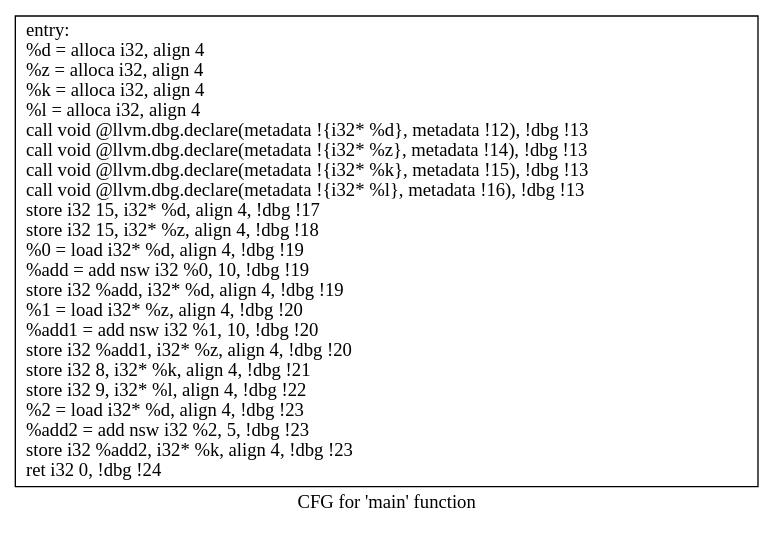
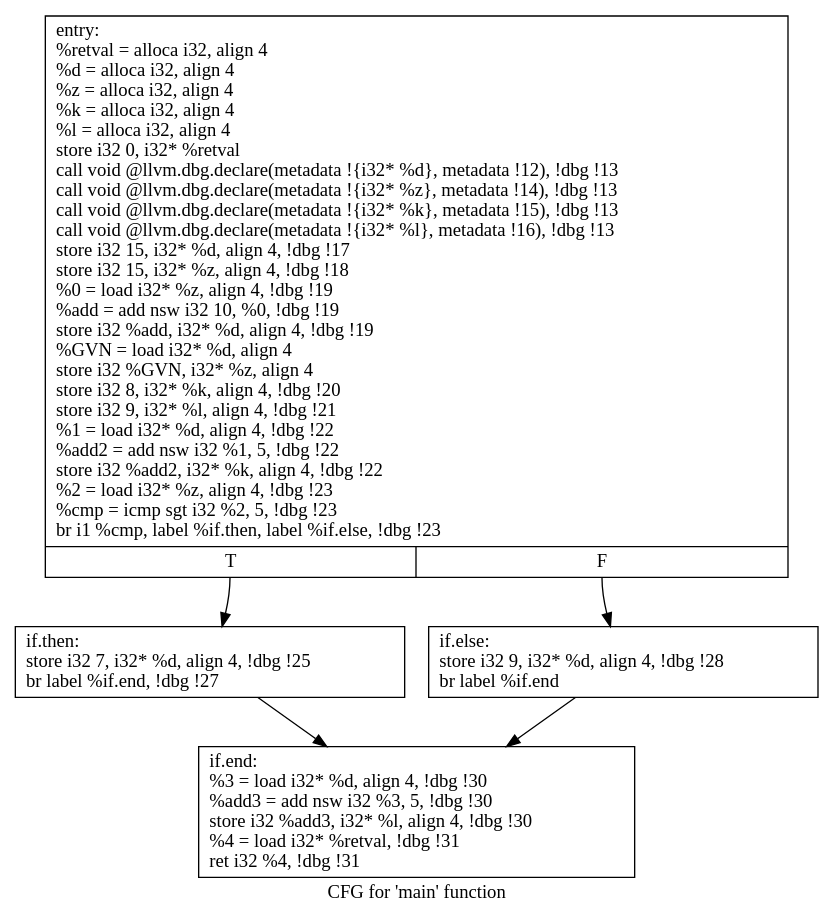
Before and after one commit to ddr2108/CS6241-Array_Bounding: the diagram in Work/Pass/Part 3/Part 3.2/cfg.main.dot, drawn with Graphviz. The commit also changed 3 other files, not shown here.

```diff
--- a/Work/Pass/Part 3/Part 3.2/cfg.main.dot
+++ b/Work/Pass/Part 3/Part 3.2/cfg.main.dot
@@ -1,5 +1,12 @@
 digraph "CFG for 'main' function" {
 	label="CFG for 'main' function";
 
-	Node0x35ace00 [shape=record,label="{entry:\l  %d = alloca i32, align 4\l  %z = alloca i32, align 4\l  %k = alloca i32, align 4\l  %l = alloca i32, align 4\l  call void @llvm.dbg.declare(metadata !\{i32* %d\}, metadata !12), !dbg !13\l  call void @llvm.dbg.declare(metadata !\{i32* %z\}, metadata !14), !dbg !13\l  call void @llvm.dbg.declare(metadata !\{i32* %k\}, metadata !15), !dbg !13\l  call void @llvm.dbg.declare(metadata !\{i32* %l\}, metadata !16), !dbg !13\l  store i32 15, i32* %d, align 4, !dbg !17\l  store i32 15, i32* %z, align 4, !dbg !18\l  %0 = load i32* %d, align 4, !dbg !19\l  %add = add nsw i32 %0, 10, !dbg !19\l  store i32 %add, i32* %d, align 4, !dbg !19\l  %1 = load i32* %z, align 4, !dbg !20\l  %add1 = add nsw i32 %1, 10, !dbg !20\l  store i32 %add1, i32* %z, align 4, !dbg !20\l  store i32 8, i32* %k, align 4, !dbg !21\l  store i32 9, i32* %l, align 4, !dbg !22\l  %2 = load i32* %d, align 4, !dbg !23\l  %add2 = add nsw i32 %2, 5, !dbg !23\l  store i32 %add2, i32* %k, align 4, !dbg !23\l  ret i32 0, !dbg !24\l}"];
+	Node0x1b92cd0 [shape=record,label="{entry:\l  %retval = alloca i32, align 4\l  %d = alloca i32, align 4\l  %z = alloca i32, align 4\l  %k = alloca i32, align 4\l  %l = alloca i32, align 4\l  store i32 0, i32* %retval\l  call void @llvm.dbg.declare(metadata !\{i32* %d\}, metadata !12), !dbg !13\l  call void @llvm.dbg.declare(metadata !\{i32* %z\}, metadata !14), !dbg !13\l  call void @llvm.dbg.declare(metadata !\{i32* %k\}, metadata !15), !dbg !13\l  call void @llvm.dbg.declare(metadata !\{i32* %l\}, metadata !16), !dbg !13\l  store i32 15, i32* %d, align 4, !dbg !17\l  store i32 15, i32* %z, align 4, !dbg !18\l  %0 = load i32* %z, align 4, !dbg !19\l  %add = add nsw i32 10, %0, !dbg !19\l  store i32 %add, i32* %d, align 4, !dbg !19\l  %GVN = load i32* %d, align 4\l  store i32 %GVN, i32* %z, align 4\l  store i32 8, i32* %k, align 4, !dbg !20\l  store i32 9, i32* %l, align 4, !dbg !21\l  %1 = load i32* %d, align 4, !dbg !22\l  %add2 = add nsw i32 %1, 5, !dbg !22\l  store i32 %add2, i32* %k, align 4, !dbg !22\l  %2 = load i32* %z, align 4, !dbg !23\l  %cmp = icmp sgt i32 %2, 5, !dbg !23\l  br i1 %cmp, label %if.then, label %if.else, !dbg !23\l|{<s0>T|<s1>F}}"];
+	Node0x1b92cd0:s0 -> Node0x1b92160;
+	Node0x1b92cd0:s1 -> Node0x1b933c0;
+	Node0x1b92160 [shape=record,label="{if.then:                                          \l  store i32 7, i32* %d, align 4, !dbg !25\l  br label %if.end, !dbg !27\l}"];
+	Node0x1b92160 -> Node0x1b8e850;
+	Node0x1b933c0 [shape=record,label="{if.else:                                          \l  store i32 9, i32* %d, align 4, !dbg !28\l  br label %if.end\l}"];
+	Node0x1b933c0 -> Node0x1b8e850;
+	Node0x1b8e850 [shape=record,label="{if.end:                                           \l  %3 = load i32* %d, align 4, !dbg !30\l  %add3 = add nsw i32 %3, 5, !dbg !30\l  store i32 %add3, i32* %l, align 4, !dbg !30\l  %4 = load i32* %retval, !dbg !31\l  ret i32 %4, !dbg !31\l}"];
 }
```
